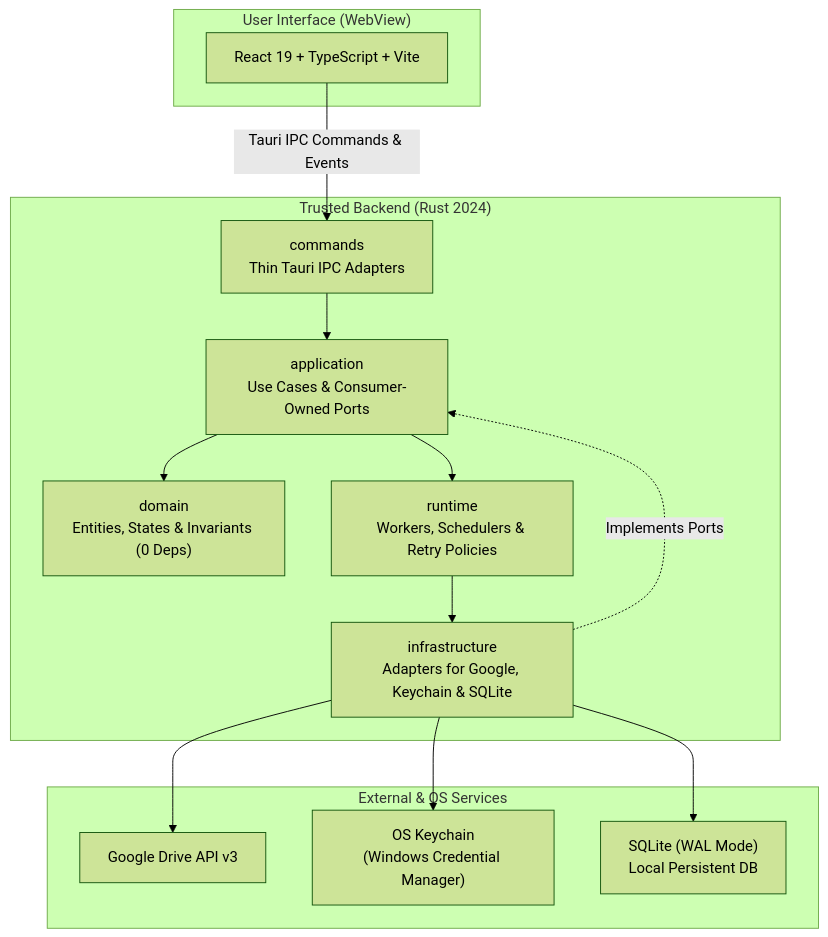
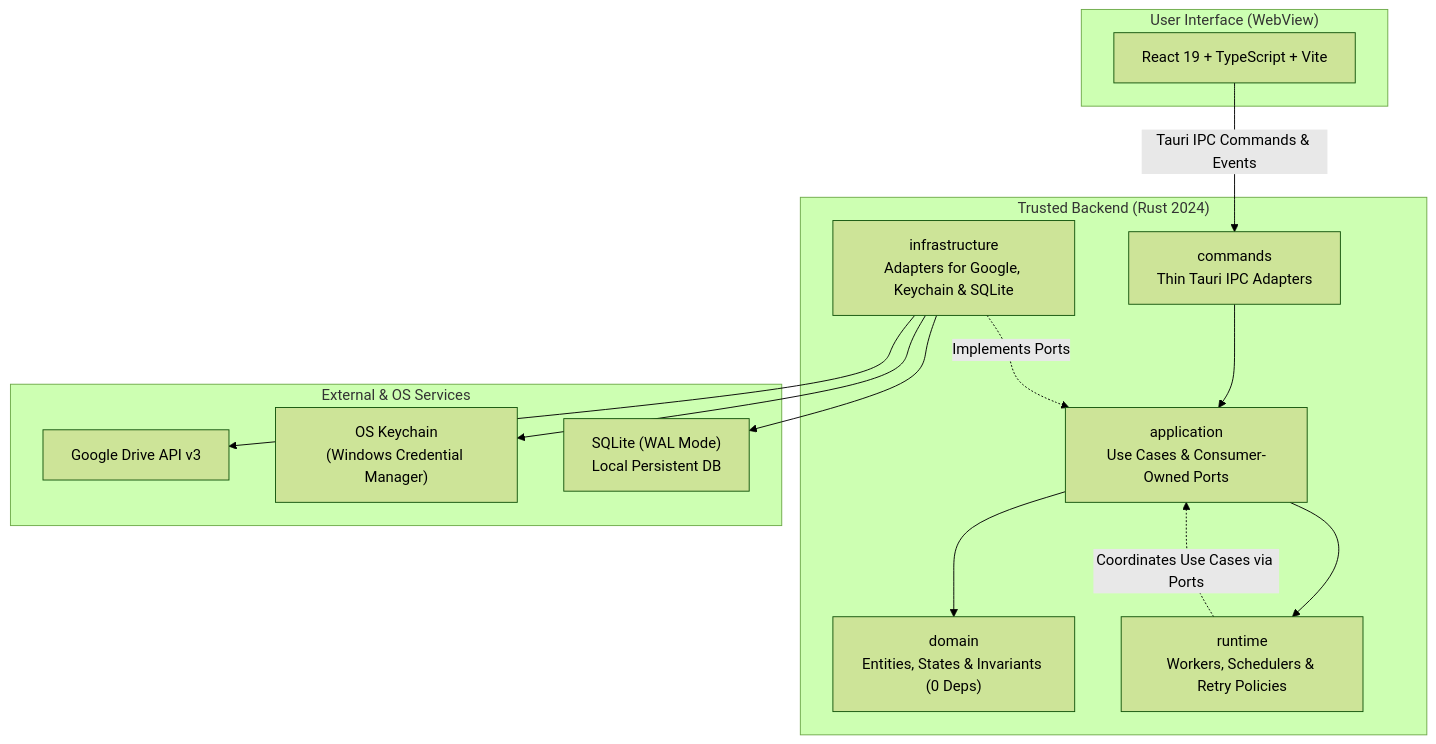
Before and after one commit to phucrio/gdom: the first of 3 diagrams in docs/architecture.md, drawn with Mermaid (forest theme). The commit also changed other lines of this file and 3 other files, not shown here.

Commit message:
docs: address codex review findings on architecture, canary, and index

````diff
--- a/docs/architecture.md
+++ b/docs/architecture.md
@@ -11,30 +11,30 @@
 ```mermaid
 graph TD
     subgraph UI ["User Interface (WebView)"]
         ReactApp["React 19 + TypeScript + Vite"]
     end
 
     subgraph Backend ["Trusted Backend (Rust 2024)"]
         Commands["commands<br/>Thin Tauri IPC Adapters"]
         Application["application<br/>Use Cases & Consumer-Owned Ports"]
         Domain["domain<br/>Entities, States & Invariants (0 Deps)"]
         Runtime["runtime<br/>Workers, Schedulers & Retry Policies"]
         Infrastructure["infrastructure<br/>Adapters for Google, Keychain & SQLite"]
     end
 
     subgraph External ["External & OS Services"]
         GoogleDrive["Google Drive API v3"]
         Keychain["OS Keychain<br/>(Windows Credential Manager)"]
         SQLite["SQLite (WAL Mode)<br/>Local Persistent DB"]
     end
 
     ReactApp -->|Tauri IPC Commands & Events| Commands
     Commands --> Application
     Application --> Domain
     Application --> Runtime
+    Runtime -.->|Coordinates Use Cases via Ports| Application
     Infrastructure -.->|Implements Ports| Application
     Infrastructure --> GoogleDrive
     Infrastructure --> Keychain
     Infrastructure --> SQLite
-    Runtime --> Infrastructure
 ```
````
